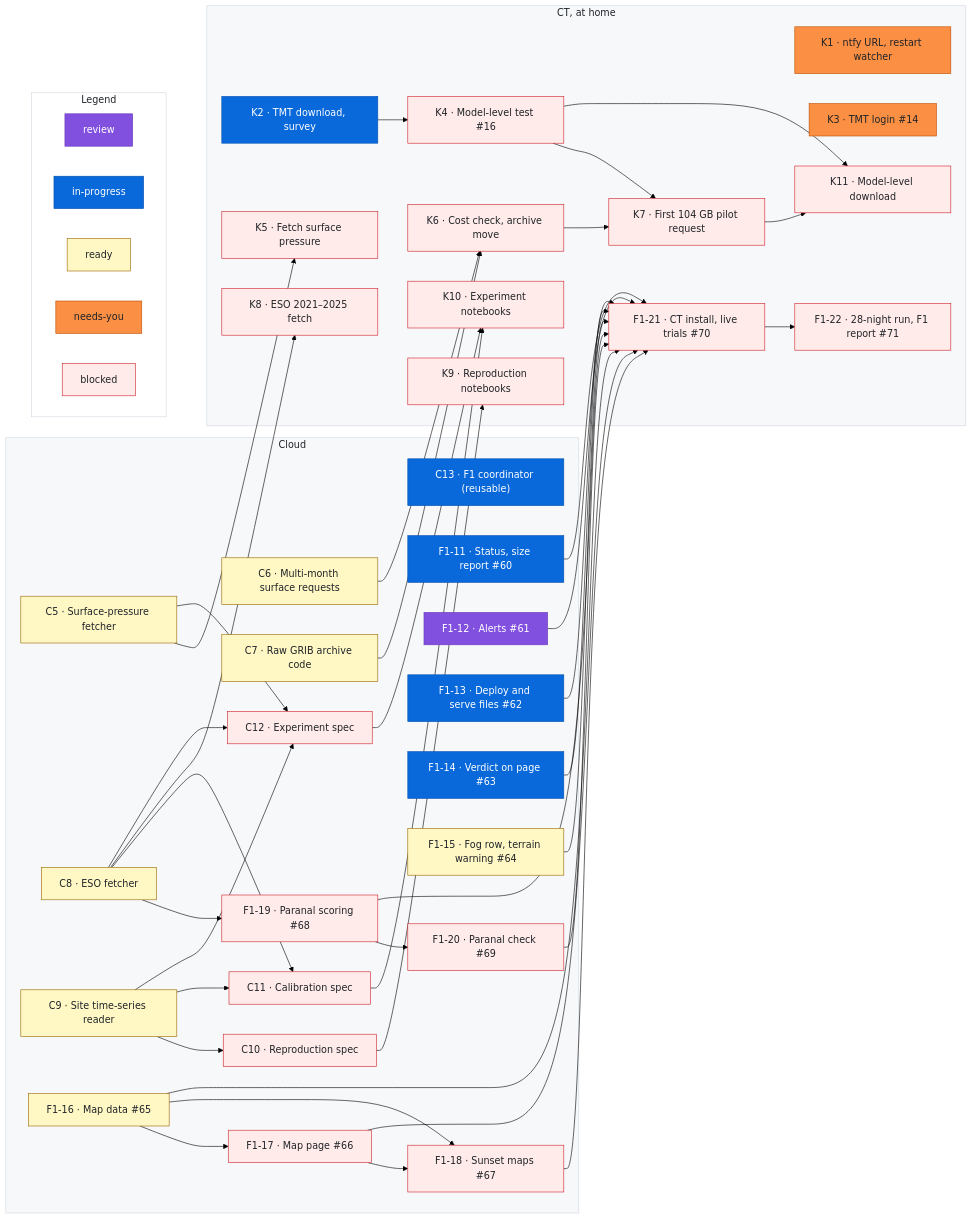
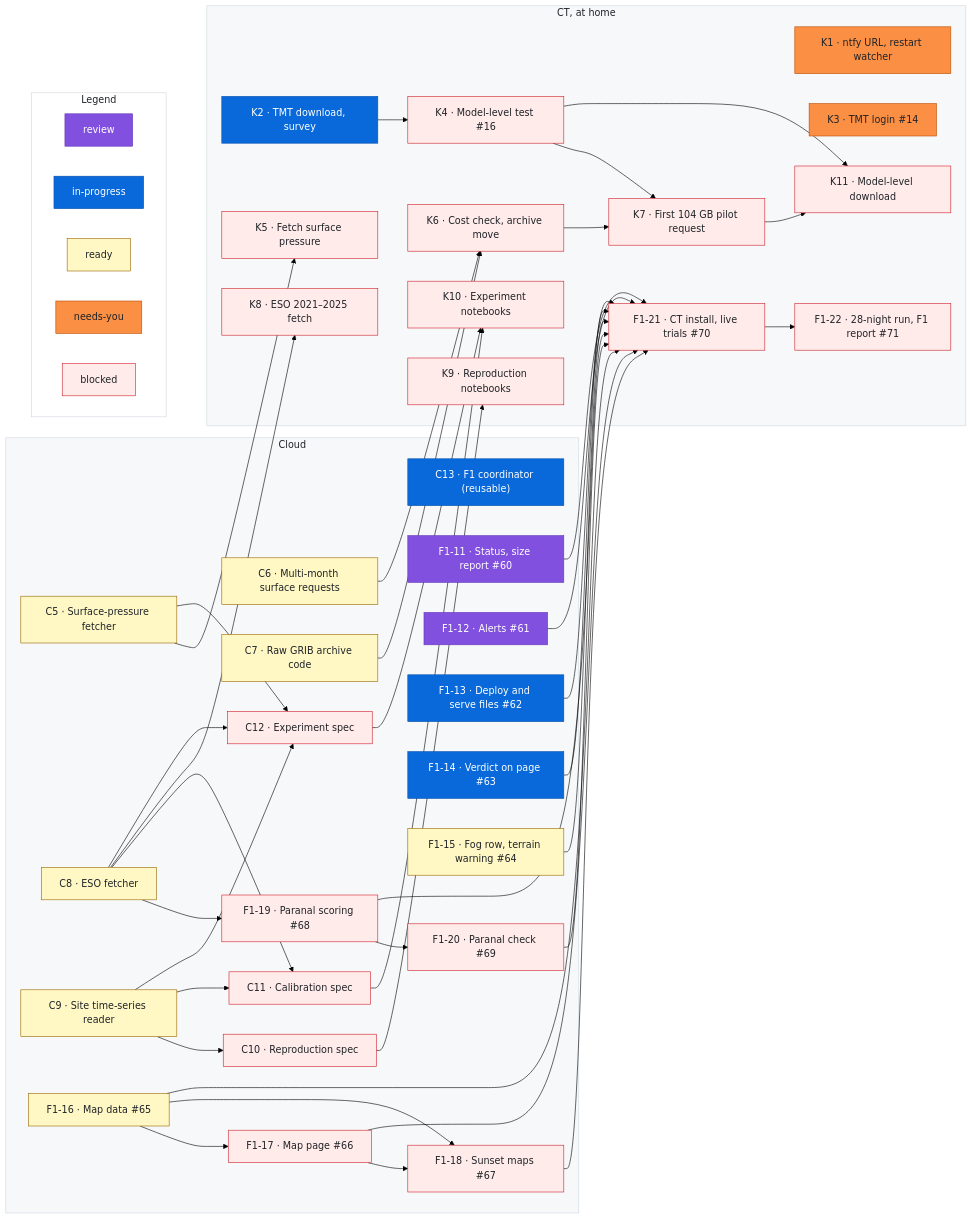
The diagram in docs/roadmap.md (rrweller/Astro-seeing), drawn with Mermaid (forest theme) before and after one commit. The commit also changed other lines of this file, not shown here.

Commit message:
roadmap: F1-11 in-progress → review

```diff
--- a/docs/roadmap.md
+++ b/docs/roadmap.md
@@ -191,7 +191,7 @@
   %% ---
   class C13 inprogress
   %% ---
-  class F1_11 inprogress
+  class F1_11 review
   %% ---
   class F1_12 review
   %% ---
```
